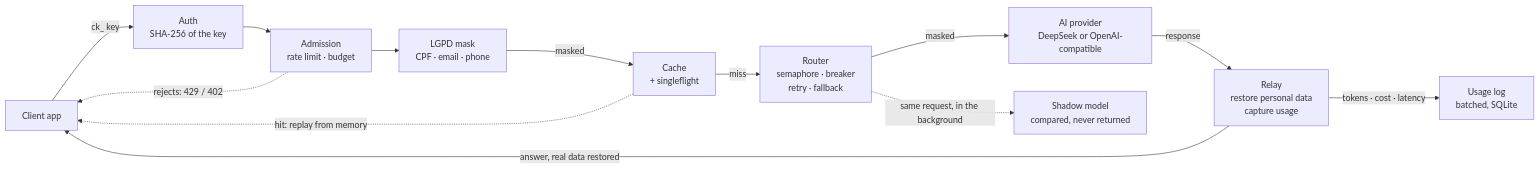
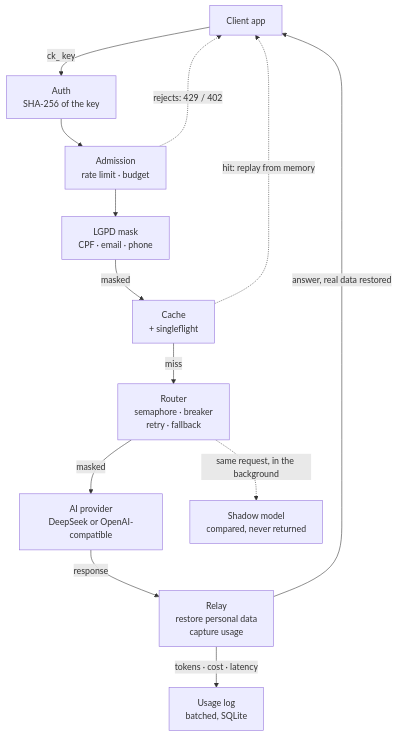
One commit to venturelli-91/comporta_proxy changed the first of 2 diagrams in docs/OVERVIEW.md. Above: the diagram before and after it, drawn with Mermaid.

Commit message:
docs(overview): vertical request-flow diagram so it stays readable on GitHub

````diff
--- a/docs/OVERVIEW.md
+++ b/docs/OVERVIEW.md
@@ -39,15 +39,15 @@
 ```mermaid
-flowchart LR
+flowchart TD
     App[Client app] -- "ck_ key" --> Auth["Auth<br/>SHA-256 of the key"]
     Auth --> Adm["Admission<br/>rate limit · budget"]
     Adm -. "rejects: 429 / 402" .-> App
     Adm --> Mask["LGPD mask<br/>CPF · email · phone"]
     Mask -- masked --> Cache["Cache<br/>+ singleflight"]
     Cache -. "hit: replay from memory" .-> App
     Cache -- miss --> Router["Router<br/>semaphore · breaker<br/>retry · fallback"]
     Router -- masked --> Prov["AI provider<br/>DeepSeek or OpenAI-compatible"]
     Router -. "same request, in the background" .-> Shadow["Shadow model<br/>compared, never returned"]
     Prov -- response --> Relay["Relay<br/>restore personal data<br/>capture usage"]
     Relay -- "answer, real data restored" --> App
     Relay -- "tokens · cost · latency" --> Log["Usage log<br/>batched, SQLite"]
 ```
````
